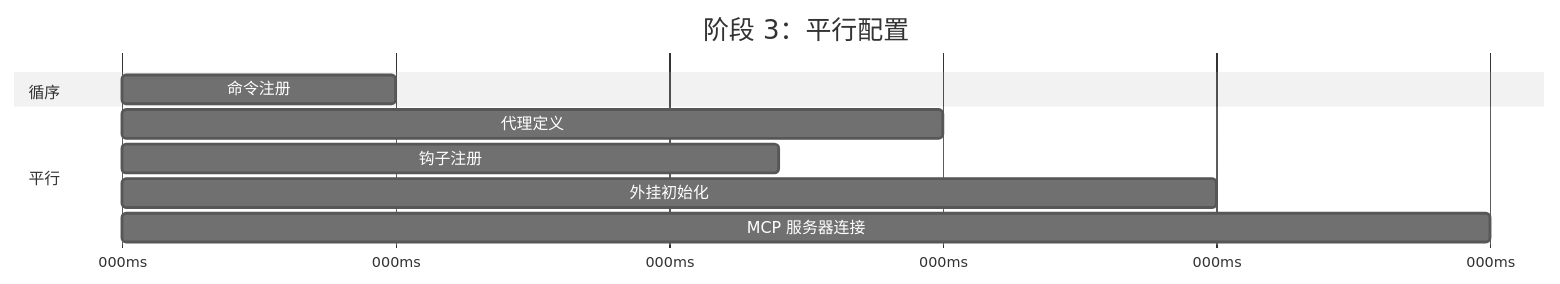
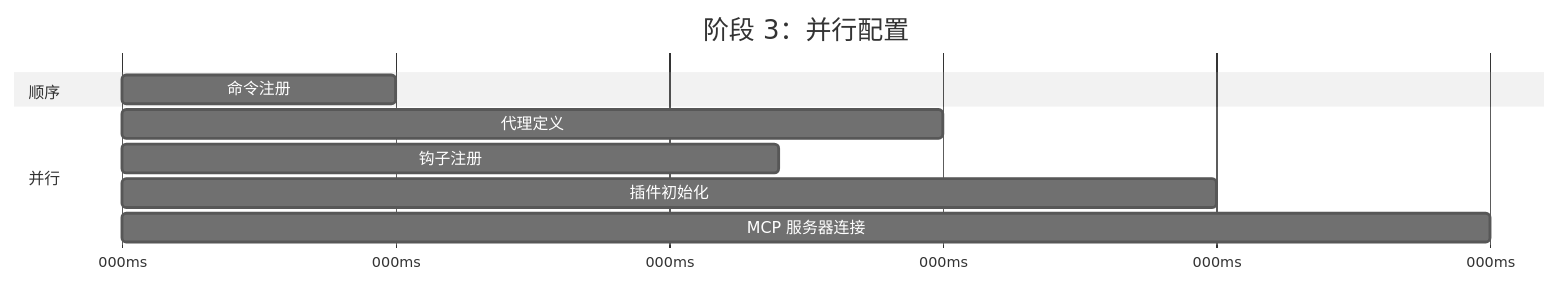
Before and after one commit to Gracker/claude-code-from-source-zh-cn: the third of 4 diagrams in book/ch02-bootstrap.md, drawn with Mermaid (neutral theme). The commit also changed other lines of this file and 16 other files, not shown here.

````diff
--- a/book/ch02-bootstrap.md
+++ b/book/ch02-bootstrap.md
@@ -137,14 +137,14 @@
 ```mermaid
 gantt
-    title 阶段 3：平行配置
+    title 阶段 3：并行配置
     dateFormat X
     axisFormat %Lms
 
-    section 循序
+    section 顺序
     命令注册   :0, 5
-    section 平行
+    section 并行
     代理定义      :5, 15
     钩子注册      :5, 12
-    外挂初始化  :5, 20
+    插件初始化  :5, 20
     MCP 服务器连接 :5, 25
 ```
````
